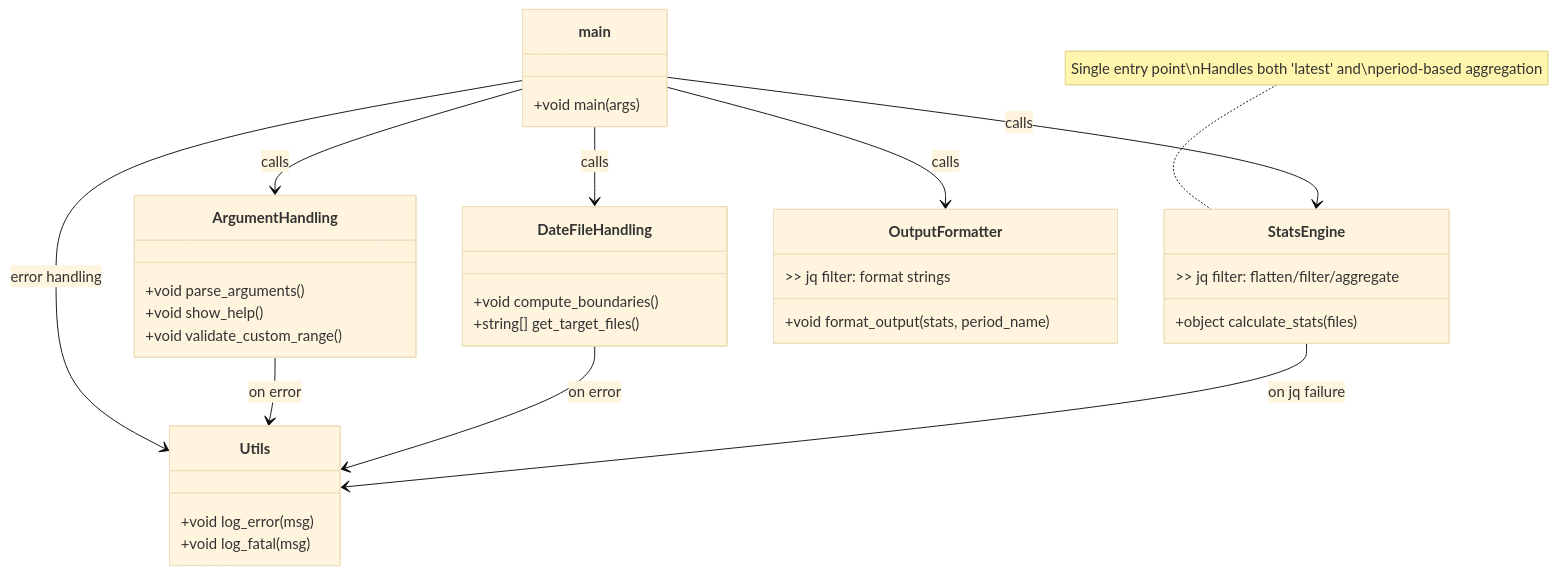
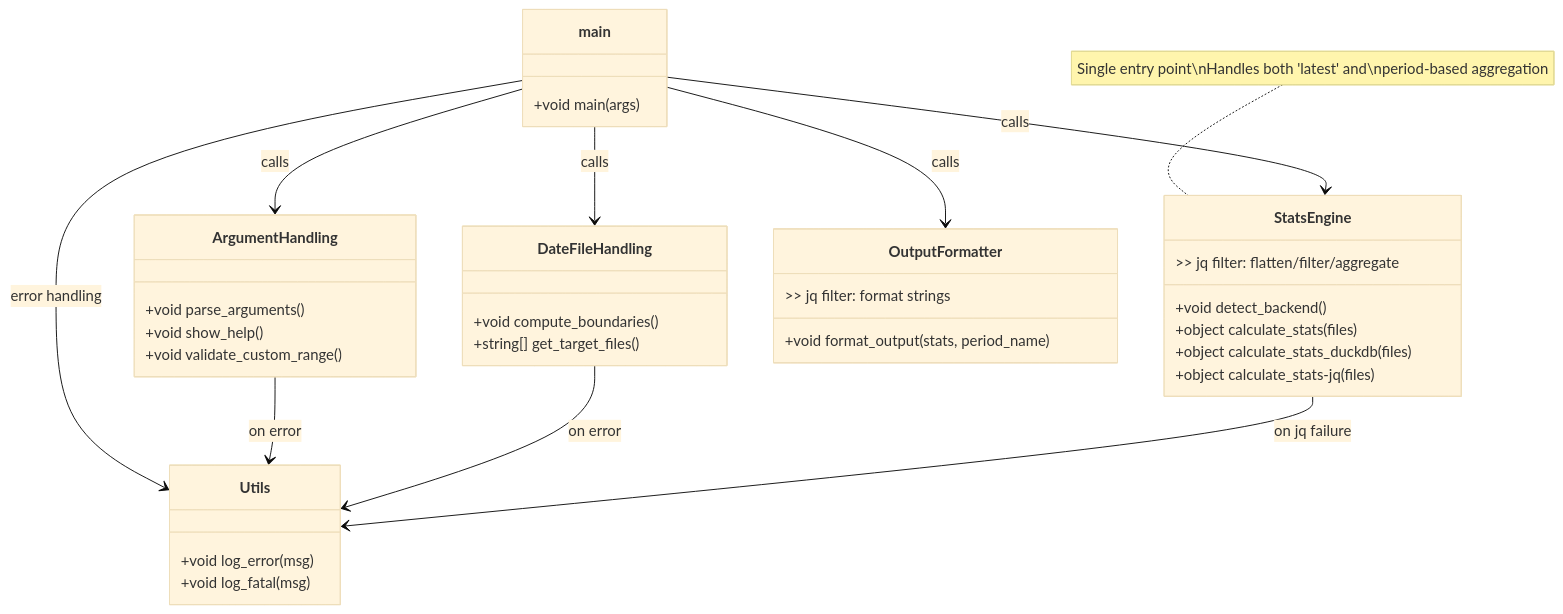
One commit to tomato-tom/flash-card changed the fifth of 5 diagrams in docs/typing.md. Above: the diagram before and after it, drawn with Mermaid (base theme). The commit also changed other lines of this file and 1 other file, not shown here.

````diff
--- a/docs/typing.md
+++ b/docs/typing.md
@@ -195,44 +176,47 @@
 ```mermaid
 classDiagram
     class main {
         +void main(args)
     }
     
     class ArgumentHandling {
         +void parse_arguments()
         +void show_help()
         +void validate_custom_range()
     }
     
     class DateFileHandling {
         +void compute_boundaries()
         +string[] get_target_files()
     }
     
     class StatsEngine {
+        +void detect_backend()
         +object calculate_stats(files)
+        +object calculate_stats_duckdb(files)
+        +object calculate_stats-jq(files)
         >> jq filter: flatten/filter/aggregate
     }
     
     class OutputFormatter {
         +void format_output(stats, period_name)
         >> jq filter: format strings
     }
     
     class Utils {
         +void log_error(msg)
         +void log_fatal(msg)
     }
     
     main --> ArgumentHandling : calls
     main --> DateFileHandling : calls
     main --> StatsEngine : calls
     main --> OutputFormatter : calls
     main --> Utils : error handling
     
     ArgumentHandling --> Utils : on error
     DateFileHandling --> Utils : on error
     StatsEngine --> Utils : on jq failure
     
     note for StatsEngine "Single entry point\nHandles both 'latest' and\nperiod-based aggregation"
 ```
````
